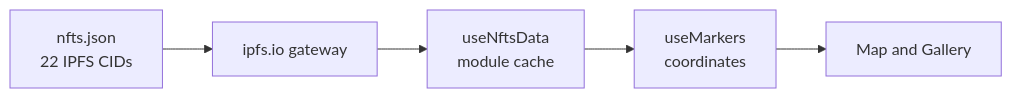
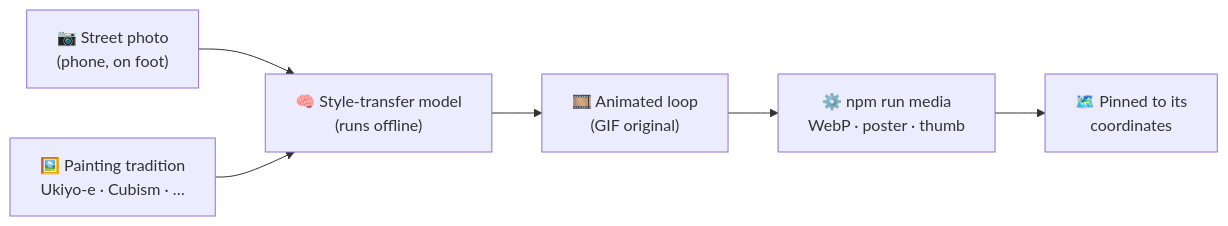
Before and after one commit to yehomak/UrbanDreams: the first of 2 diagrams in README.md, drawn with Mermaid. The commit also changed other lines of this file and 11 other files, not shown here.

````diff
--- a/README.md
+++ b/README.md
@@ -61,7 +43,8 @@
 ```mermaid
 flowchart LR
-    A["nfts.json<br/>22 IPFS CIDs"] --> B["ipfs.io gateway"]
-    B --> C["useNftsData<br/>module cache"]
-    C --> D["useMarkers<br/>coordinates"]
-    D --> E["Map and Gallery"]
+    A["📷 Street photo<br/>(phone, on foot)"] --> C["🧠 Style-transfer model<br/>(runs offline)"]
+    B["🖼️ Painting tradition<br/>Ukiyo-e · Cubism · …"] --> C
+    C --> D["🎞️ Animated loop<br/>(GIF original)"]
+    D --> E["⚙️ npm run media<br/>WebP · poster · thumb"]
+    E --> F["🗺️ Pinned to its<br/>coordinates"]
 ```
````
